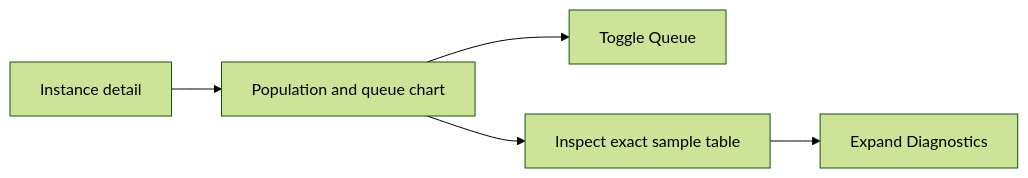
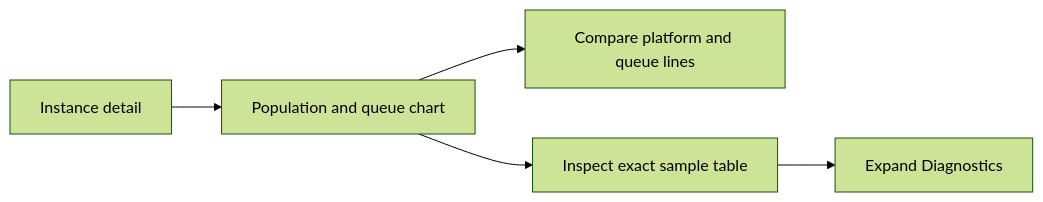
Before and after one commit to BITRATE-Labs/VRDex: the diagram in docs/superpowers/specs/2026-11-09-instance-count-diagnostics.md, drawn with Mermaid (forest theme). The commit also changed other lines of this file and 3 other files, not shown here.

Commit message:
Show queue automatically without a toggle

```diff
--- a/docs/superpowers/specs/2026-11-09-instance-count-diagnostics.md
+++ b/docs/superpowers/specs/2026-11-09-instance-count-diagnostics.md
@@ -25,7 +25,7 @@
 ~~~mermaid
 flowchart LR
  A[Instance detail] --> B[Population and queue chart]
- B --> C[Toggle Queue]
+ B --> C[Compare platform and queue lines]
  B --> D[Inspect exact sample table]
  D --> E[Expand Diagnostics]
 ~~~
```
